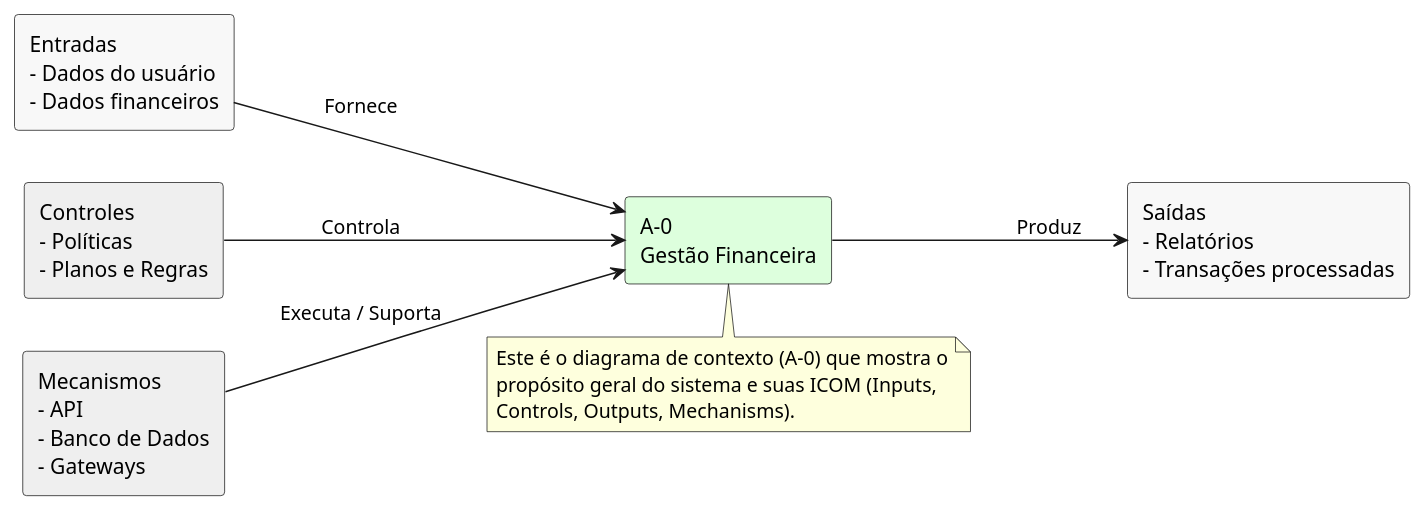
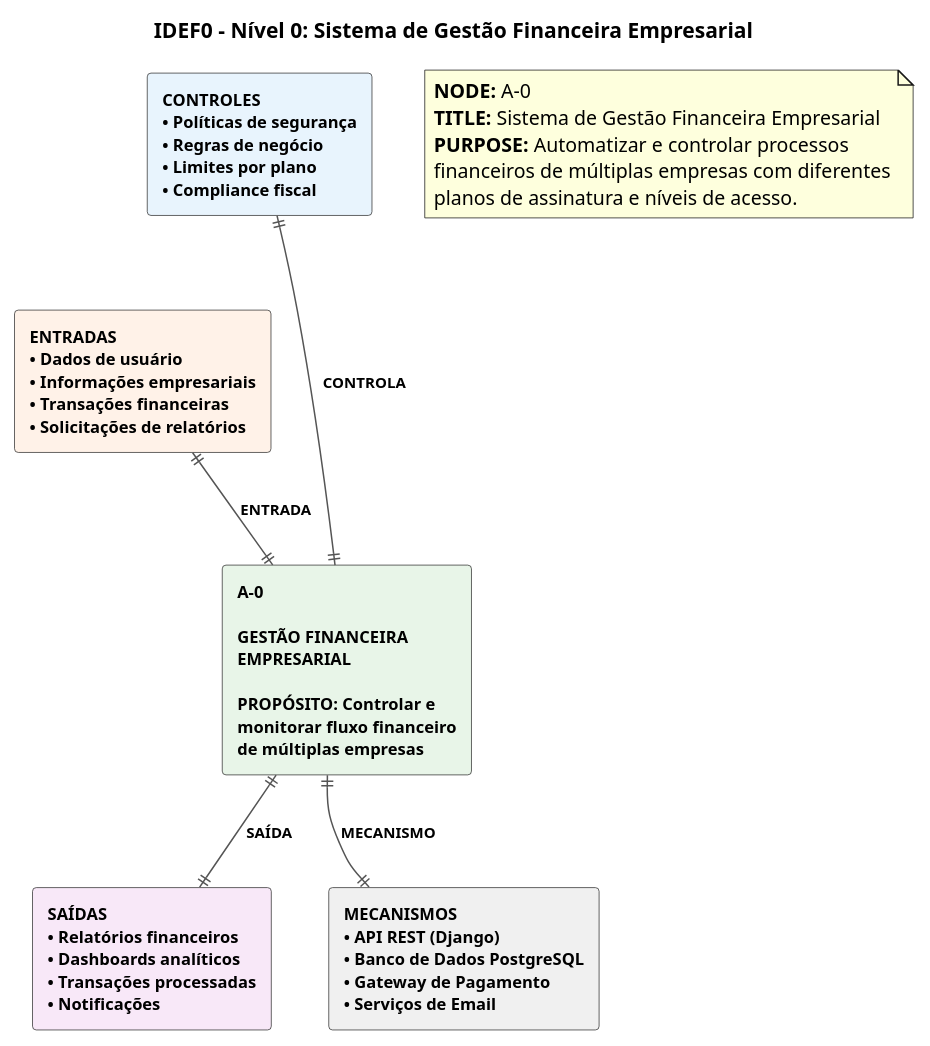
The diagram in docs/diagrams/idef0-level0.puml (vinicius00franco/doc-es3-gestao-empresas-financeiro), drawn with PlantUML before and after one commit. The commit also changed 4 other files, not shown here.

Commit message:
Refactor diagrams and enhance documentation for the financial management system; improve clarity, structure, and visual presentation across all UML diagrams.

```diff
--- a/docs/diagrams/idef0-level0.puml
+++ b/docs/diagrams/idef0-level0.puml
@@ -1,24 +1,59 @@
-@startuml
-' IDEF0 - Nível 0 (Contexto Geral)
+@startuml IDEF0_Level0
+title IDEF0 - Nível 0: Sistema de Gestão Financeira Empresarial
+' Configurações profissionais
 skinparam defaultFontColor #000000
 skinparam backgroundColor white
-left to right direction
+skinparam rectangle {
+    BorderColor #333333
+    FontSize 11
+    FontStyle bold
+}
+skinparam arrow {
+    Color #555555
+    FontColor #000000
+    FontSize 10
+}
 
-rectangle "Entradas\n- Dados do usuário\n- Dados financeiros" as Inputs #F8F8F8
-rectangle "A-0\nGestão Financeira" as A0 #DDFFDD
-rectangle "Saídas\n- Relatórios\n- Transações processadas" as Outputs #F8F8F8
-rectangle "Controles\n- Políticas\n- Planos e Regras" as Controls #EFEFEF
-rectangle "Mecanismos\n- API\n- Banco de Dados\n- Gateways" as Mechanisms #EFEFEF
+' Layout com espaçamento adequado
+top to bottom direction
 
-Inputs --> A0 : Fornece
-A0 --> Outputs : Produz
-Controls --> A0 : Controla
-Mechanisms --> A0 : Executa / Suporta
+' Controles (parte superior)
+rectangle "**CONTROLES**\n• Políticas de segurança\n• Regras de negócio\n• Limites por plano\n• Compliance fiscal" as Controls #E8F4FD {
+}
 
-note bottom of A0
-  Este é o diagrama de contexto (A-0) que mostra o
-  propósito geral do sistema e suas ICOM (Inputs,
-  Controls, Outputs, Mechanisms).
+' Entradas (lado esquerdo)
+rectangle "**ENTRADAS**\n• Dados de usuário\n• Informações empresariais\n• Transações financeiras\n• Solicitações de relatórios" as Inputs #FFF2E8 {
+}
+
+' Processo principal (centro)
+rectangle "**A-0**\n\n**GESTÃO FINANCEIRA**\n**EMPRESARIAL**\n\nPROPÓSITO: Controlar e\nmonitorar fluxo financeiro\nde múltiplas empresas" as A0 #E8F5E8 {
+}
+
+' Saídas (lado direito)
+rectangle "**SAÍDAS**\n• Relatórios financeiros\n• Dashboards analíticos\n• Transações processadas\n• Notificações" as Outputs #F8E8F8 {
+}
+
+' Mecanismos (parte inferior)
+rectangle "**MECANISMOS**\n• API REST (Django)\n• Banco de Dados PostgreSQL\n• Gateway de Pagamento\n• Serviços de Email" as Mechanisms #F0F0F0 {
+}
+
+' Conexões com labels claros
+Controls ||--|| A0 : **CONTROLA**
+Inputs ||--|| A0 : **ENTRADA**
+A0 ||--|| Outputs : **SAÍDA**
+A0 ||--|| Mechanisms : **MECANISMO**
+
+' Posicionamento manual para evitar sobreposição
+Controls -[hidden]- Inputs
+Inputs -[hidden]- Outputs
+A0 -[hidden]- Mechanisms
+
+note as N1
+**NODE:** A-0
+**TITLE:** Sistema de Gestão Financeira Empresarial
+**PURPOSE:** Automatizar e controlar processos
+financeiros de múltiplas empresas com diferentes
+planos de assinatura e níveis de acesso.
 end note
 
 @enduml
```
